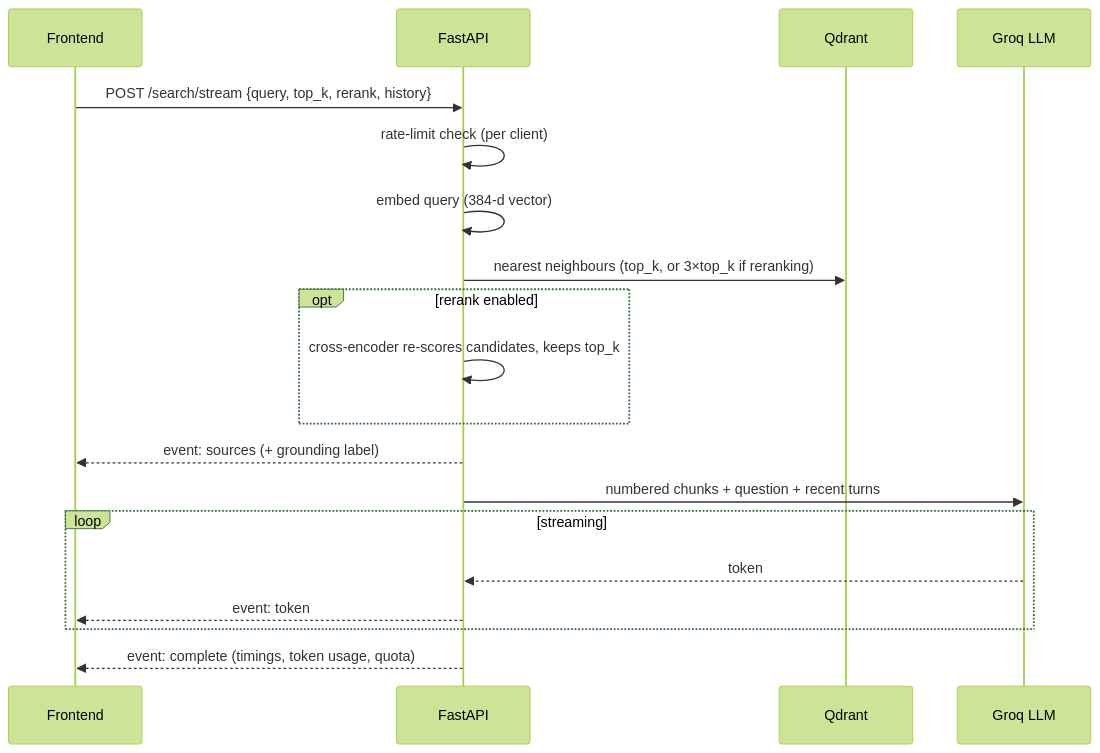
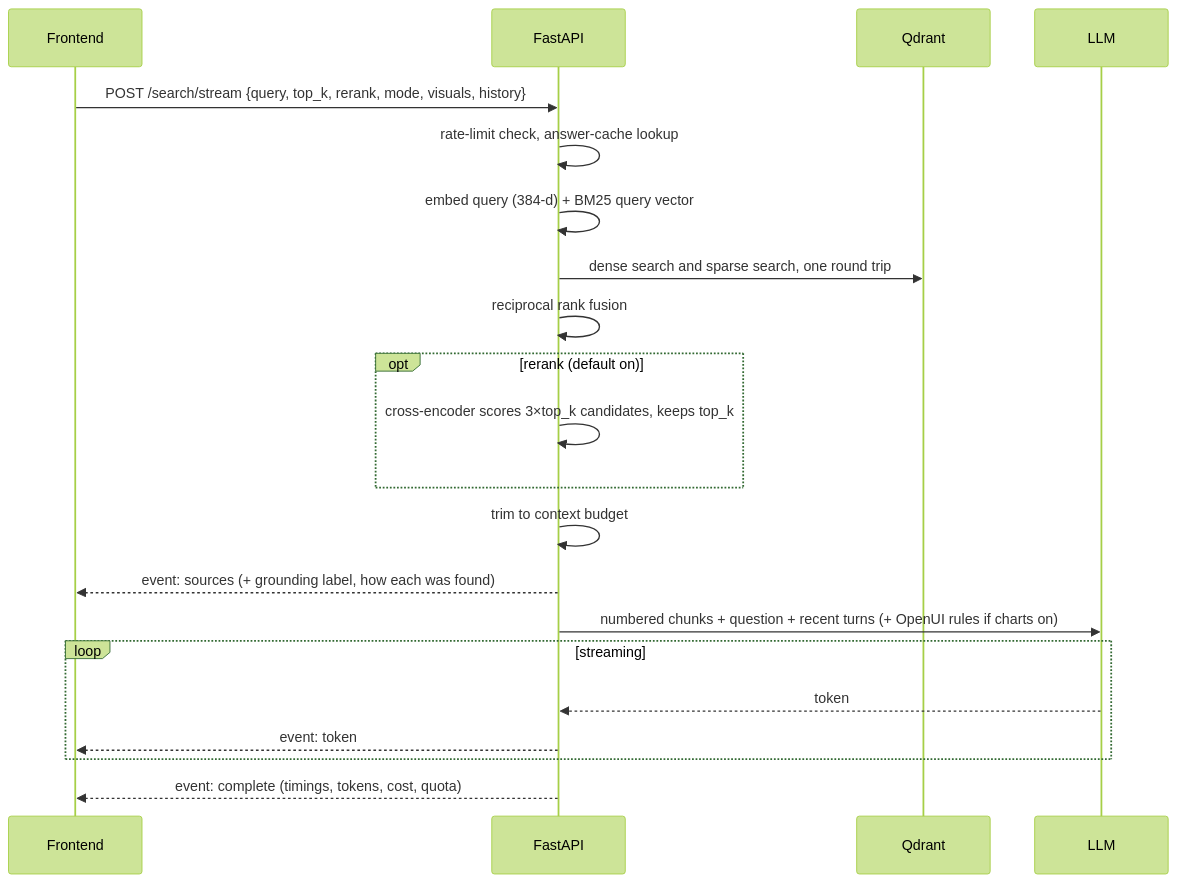
Before and after one commit to ichor-hash/Wally: the second of 2 diagrams in README.md, drawn with Mermaid (forest theme). The commit also changed other lines of this file and 104 other files, not shown here.

First line of the commit message:
Ethan v3: hybrid retrieval, reranking, CI evaluations, OpenUI charts, cost controls

````diff
--- a/README.md
+++ b/README.md
@@ -59,21 +100,23 @@
 ```mermaid
 sequenceDiagram
     participant UI as Frontend
     participant API as FastAPI
     participant DB as Qdrant
-    participant LLM as Groq LLM
-    UI->>API: POST /search/stream {query, top_k, rerank, history}
-    API->>API: rate-limit check (per client)
-    API->>API: embed query (384-d vector)
-    API->>DB: nearest neighbours (top_k, or 3×top_k if reranking)
-    opt rerank enabled
-        API->>API: cross-encoder re-scores candidates, keeps top_k
+    participant LLM as LLM
+    UI->>API: POST /search/stream {query, top_k, rerank, mode, visuals, history}
+    API->>API: rate-limit check, answer-cache lookup
+    API->>API: embed query (384-d) + BM25 query vector
+    API->>DB: dense search and sparse search, one round trip
+    API->>API: reciprocal rank fusion
+    opt rerank (default on)
+        API->>API: cross-encoder scores 3×top_k candidates, keeps top_k
     end
-    API-->>UI: event: sources (+ grounding label)
-    API->>LLM: numbered chunks + question + recent turns
+    API->>API: trim to context budget
+    API-->>UI: event: sources (+ grounding label, how each was found)
+    API->>LLM: numbered chunks + question + recent turns (+ OpenUI rules if charts on)
     loop streaming
         LLM-->>API: token
         API-->>UI: event: token
     end
-    API-->>UI: event: complete (timings, token usage, quota)
+    API-->>UI: event: complete (timings, tokens, cost, quota)
 ```
````
